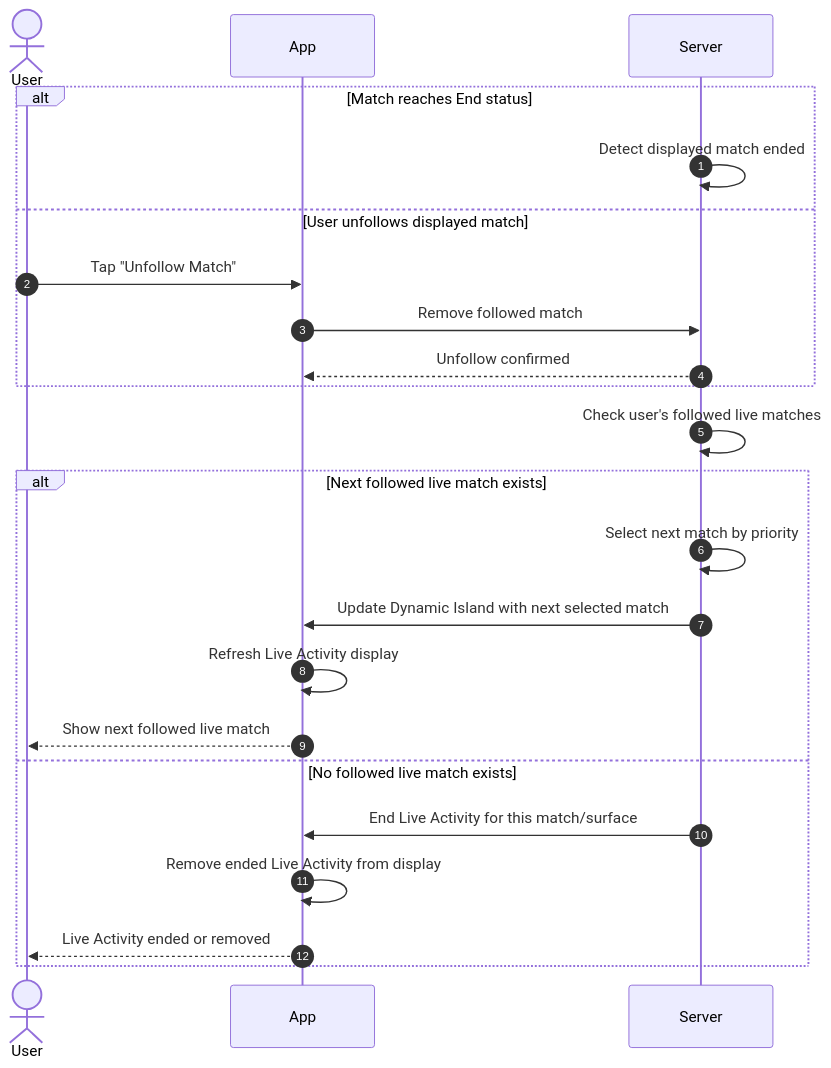
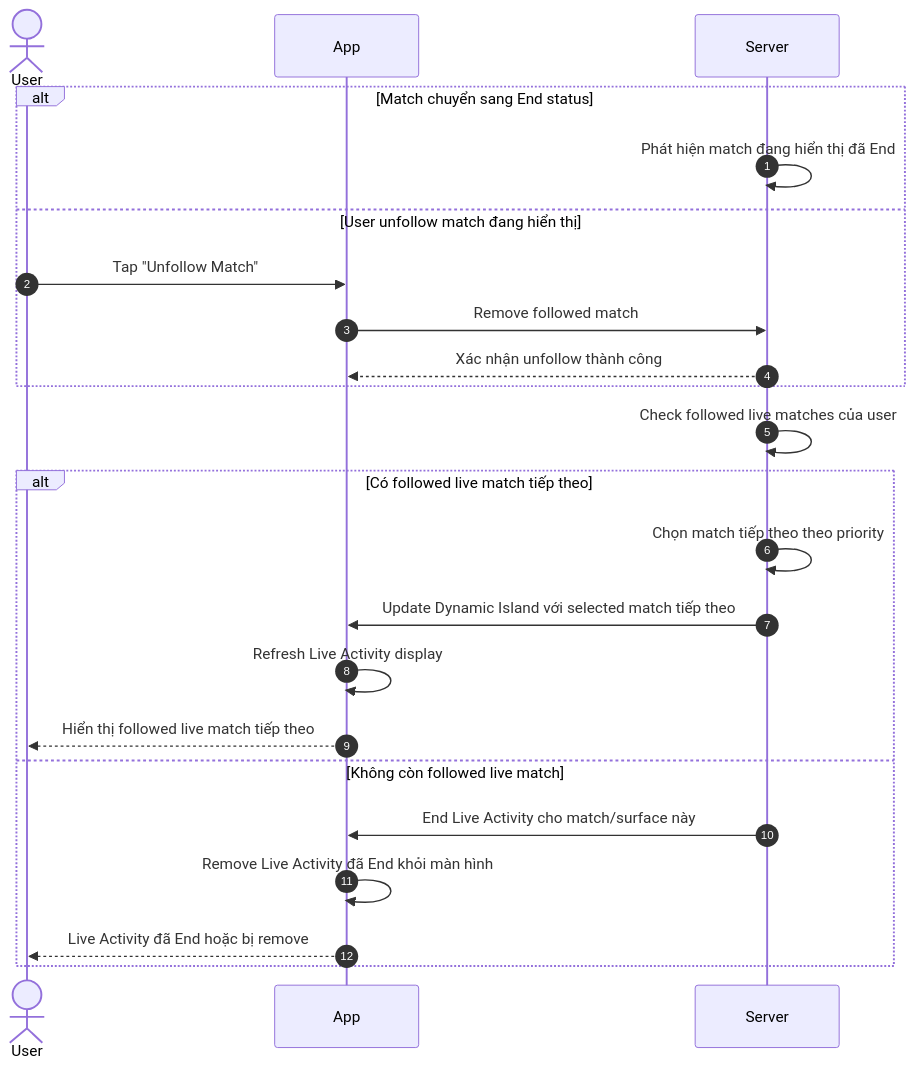
One commit to duongdang1136/FPTPLay changed the third of 4 diagrams in features/final-docs/Sport-Zone/Live-Activity/product/live-activity-user-flows.md. Above: the diagram before and after it, drawn with Mermaid. The commit also changed other lines of this file, not shown here.

Commit message:
docs: translate live activity user flows

````diff
--- a/features/final-docs/Sport-Zone/Live-Activity/product/live-activity-user-flows.md
+++ b/features/final-docs/Sport-Zone/Live-Activity/product/live-activity-user-flows.md
@@ -313,29 +312,29 @@
 ```mermaid
 sequenceDiagram
     autonumber
 
     actor User
     participant App
     participant Server
 
-    alt Match reaches End status
-        Server->>Server: Detect displayed match ended
-    else User unfollows displayed match
+    alt Match chuyển sang End status
+        Server->>Server: Phát hiện match đang hiển thị đã End
+    else User unfollow match đang hiển thị
         User->>App: Tap "Unfollow Match"
         App->>Server: Remove followed match
-        Server-->>App: Unfollow confirmed
+        Server-->>App: Xác nhận unfollow thành công
     end
 
-    Server->>Server: Check user's followed live matches
+    Server->>Server: Check followed live matches của user
 
-    alt Next followed live match exists
-        Server->>Server: Select next match by priority
-        Server->>App: Update Dynamic Island with next selected match
+    alt Có followed live match tiếp theo
+        Server->>Server: Chọn match tiếp theo theo priority
+        Server->>App: Update Dynamic Island với selected match tiếp theo
         App->>App: Refresh Live Activity display
-        App-->>User: Show next followed live match
-    else No followed live match exists
-        Server->>App: End Live Activity for this match/surface
-        App->>App: Remove ended Live Activity from display
-        App-->>User: Live Activity ended or removed
+        App-->>User: Hiển thị followed live match tiếp theo
+    else Không còn followed live match
+        Server->>App: End Live Activity cho match/surface này
+        App->>App: Remove Live Activity đã End khỏi màn hình
+        App-->>User: Live Activity đã End hoặc bị remove
     end
 ```
````
